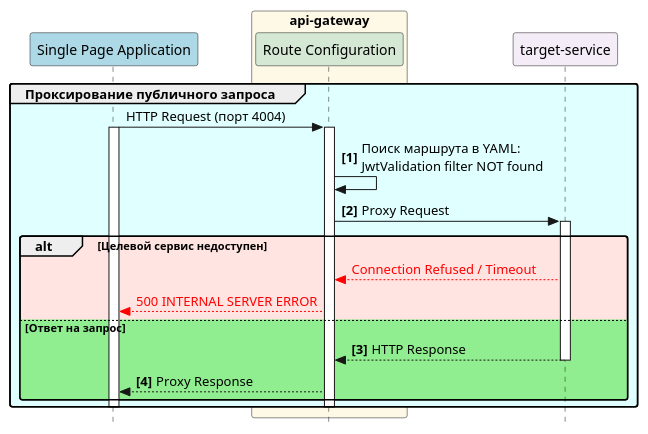
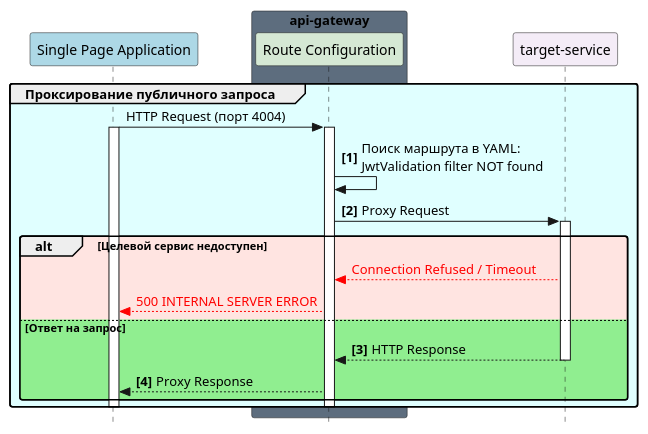
One commit to ni1a207/Healthcare-System changed the diagram in Docs/As is/Diagrams/APIGateway.routing.puml. Above: the diagram before and after it, drawn with PlantUML. The commit also changed 37 other files, not shown here.

```diff
--- a/Docs/As is/Diagrams/APIGateway.routing.puml
+++ b/Docs/As is/Diagrams/APIGateway.routing.puml
@@ -1,46 +1,46 @@
 @startuml
 skinparam Shadowing true
 skinparam RoundCorner 5
 skinparam MaxMessageSize 250
 skinparam Style strictuml
 
 participant "Single Page Application" as SPA #LightBlue
 
-box "api-gateway" #FEF9E7
+box "api-gateway" #5D6D7E
     participant "Route Configuration" as RC #D5E8D4
 end box
 
 ' Теперь сервис находится за границей гейтвея
 participant "target-service" as TS #F4ECF7
 
 autonumber "<b>[0]</b>"
 autonumber stop
 
 group #LightCyan Проксирование публичного запроса
     SPA -> RC: HTTP Request (порт 4004)
     activate SPA
     activate RC
 
 autonumber resume
     RC -> RC: Поиск маршрута в YAML:\nJwtValidation filter NOT found
 
     RC -> TS: Proxy Request
     activate TS
 
 autonumber stop
     alt #MistyRose Целевой сервис недоступен
         TS --[#red]> RC: <color:#red>Connection Refused / Timeout </color>
         RC  --[#red]> SPA: <color:#red>500 INTERNAL SERVER ERROR</color>
 
     else #LightGreen Ответ на запрос
         autonumber resume
         TS --> RC: HTTP Response
         deactivate TS
 
         RC --> SPA: Proxy Response
     end
 
     deactivate RC
     deactivate SPA
 end
 @enduml
```
